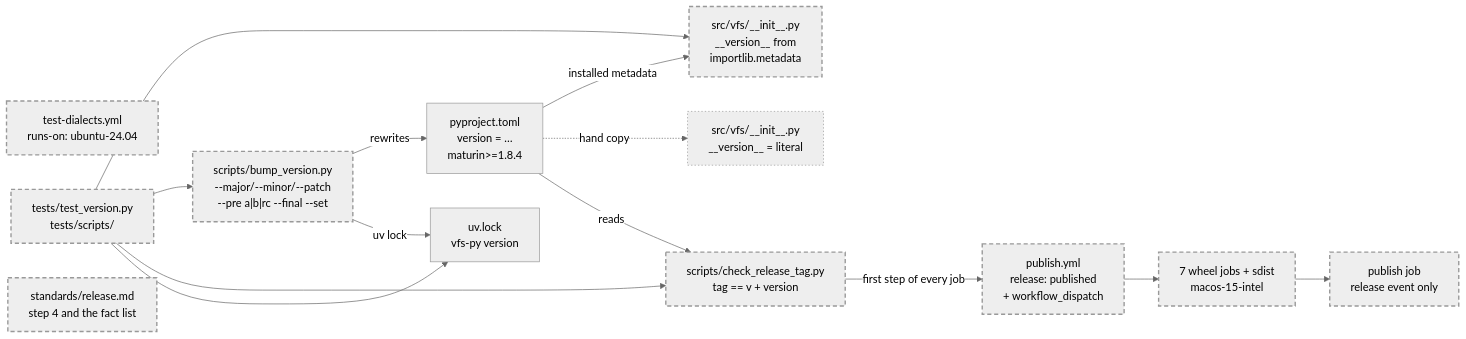
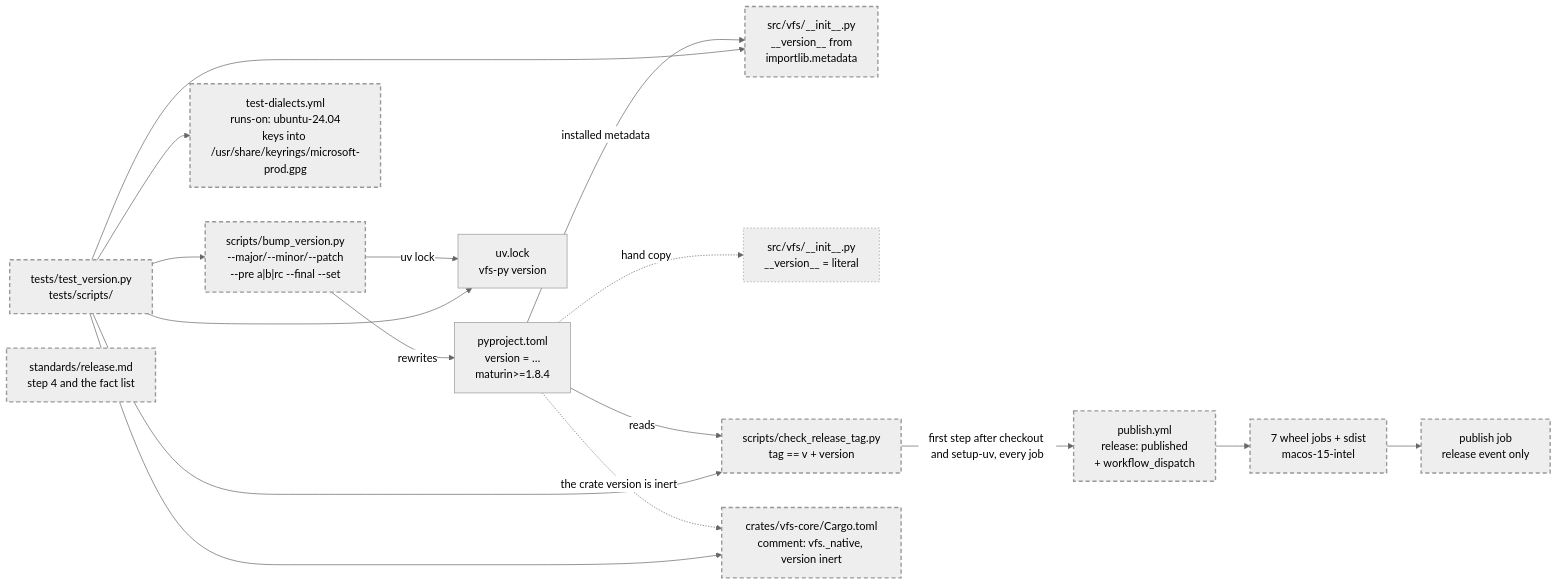
One commit to ClayGendron/vfs changed the diagram in context/specifications/active/2026-11-06-the-release-plumbing.md. Above: the diagram before and after it, drawn with Mermaid (neutral theme). The commit also changed other lines of this file and 1 other file, not shown here.

First line of the commit message:
docs(context): the release-plumbing spec, amended after its review

````diff
--- a/context/specifications/active/2026-11-06-the-release-plumbing.md
+++ b/context/specifications/active/2026-11-06-the-release-plumbing.md
@@ -23,30 +23,34 @@
 ```mermaid
 flowchart LR
   classDef planned stroke-dasharray: 6 4,stroke-width:2px;
   classDef retiring stroke-dasharray: 2 3;
   PY["pyproject.toml<br/>version = …<br/>maturin>=1.8.4"]
   INIT["src/vfs/__init__.py<br/>__version__ from<br/>importlib.metadata"]
   LIT["src/vfs/__init__.py<br/>__version__ = literal"]
   LOCK["uv.lock<br/>vfs-py version"]
   BUMP["scripts/bump_version.py<br/>--major/--minor/--patch<br/>--pre a|b|rc  --final  --set"]
   TAG["scripts/check_release_tag.py<br/>tag == v + version"]
   PUB["publish.yml<br/>release: published<br/>+ workflow_dispatch"]
   WHEELS["7 wheel jobs + sdist<br/>macos-15-intel"]
   UPLOAD["publish job<br/>release event only"]
-  DIAL["test-dialects.yml<br/>runs-on: ubuntu-24.04"]
+  DIAL["test-dialects.yml<br/>runs-on: ubuntu-24.04<br/>keys into /usr/share/keyrings/microsoft-prod.gpg"]
+  CARGO["crates/vfs-core/Cargo.toml<br/>comment: vfs._native, version inert"]
   TESTS["tests/test_version.py<br/>tests/scripts/"]
   REL["standards/release.md<br/>step 4 and the fact list"]
   PY -->|"installed metadata"| INIT
   PY -.->|"hand copy"| LIT
+  PY -.->|"the crate version is inert"| CARGO
   BUMP -->|"rewrites"| PY
   BUMP -->|"uv lock"| LOCK
   PY -->|"reads"| TAG
-  TAG -->|"first step of every job"| PUB
+  TAG -->|"first step after checkout and setup-uv, every job"| PUB
   PUB --> WHEELS --> UPLOAD
   TESTS --> INIT
   TESTS --> BUMP
   TESTS --> TAG
   TESTS --> LOCK
-  class INIT,BUMP,TAG,PUB,WHEELS,UPLOAD,DIAL,TESTS,REL planned
+  TESTS --> DIAL
+  TESTS --> CARGO
+  class INIT,BUMP,TAG,PUB,WHEELS,UPLOAD,DIAL,CARGO,TESTS,REL planned
   class LIT retiring
 ```
````
